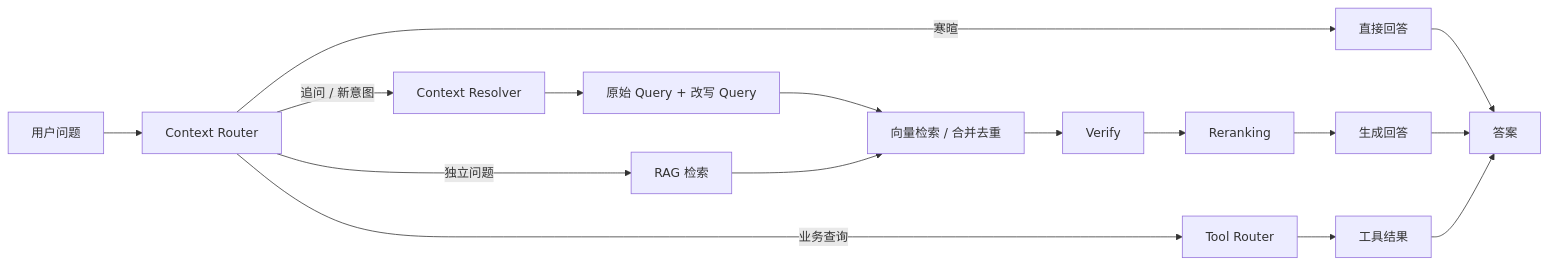
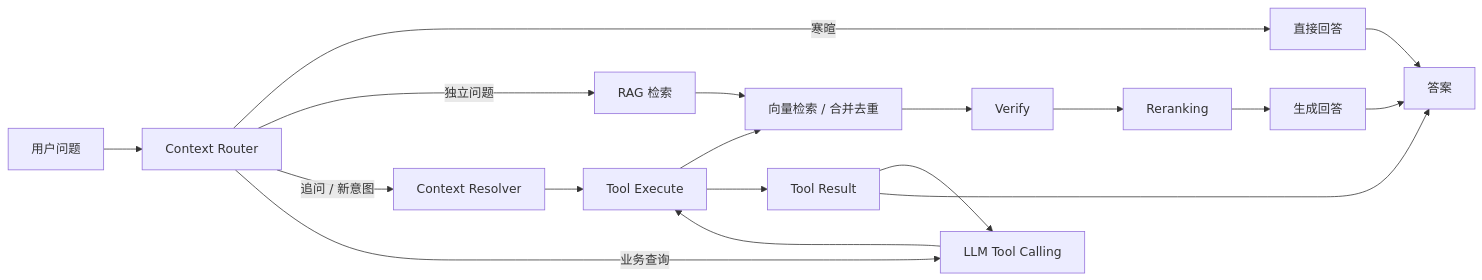
One commit to asshunter111/enterprise-knowledge-agent changed the diagram in README.md. Above: the diagram before and after it, drawn with Mermaid. The commit also changed other lines of this file and 14 other files, not shown here.

````diff
--- a/README.md
+++ b/README.md
@@ -45,18 +45,20 @@
 ```mermaid
 flowchart LR
     A[用户问题] --> B[Context Router]
     B -->|寒暄| C[直接回答]
     B -->|独立问题| D[RAG 检索]
     B -->|追问 / 新意图| E[Context Resolver]
-    B -->|业务查询| F[Tool Router]
+    B -->|业务查询| F[LLM Tool Calling]
     E --> G[原始 Query + 改写 Query]
     G --> H[向量检索 / 合并去重]
     D --> H
     H --> I[Verify]
     I --> J[Reranking]
     J --> K[生成回答]
-    F --> L[工具结果]
+    F --> G[Tool Execute]
+    G --> L[Tool Result]
+    L --> F
     C --> M[答案]
     K --> M
     L --> M
 ```
````
